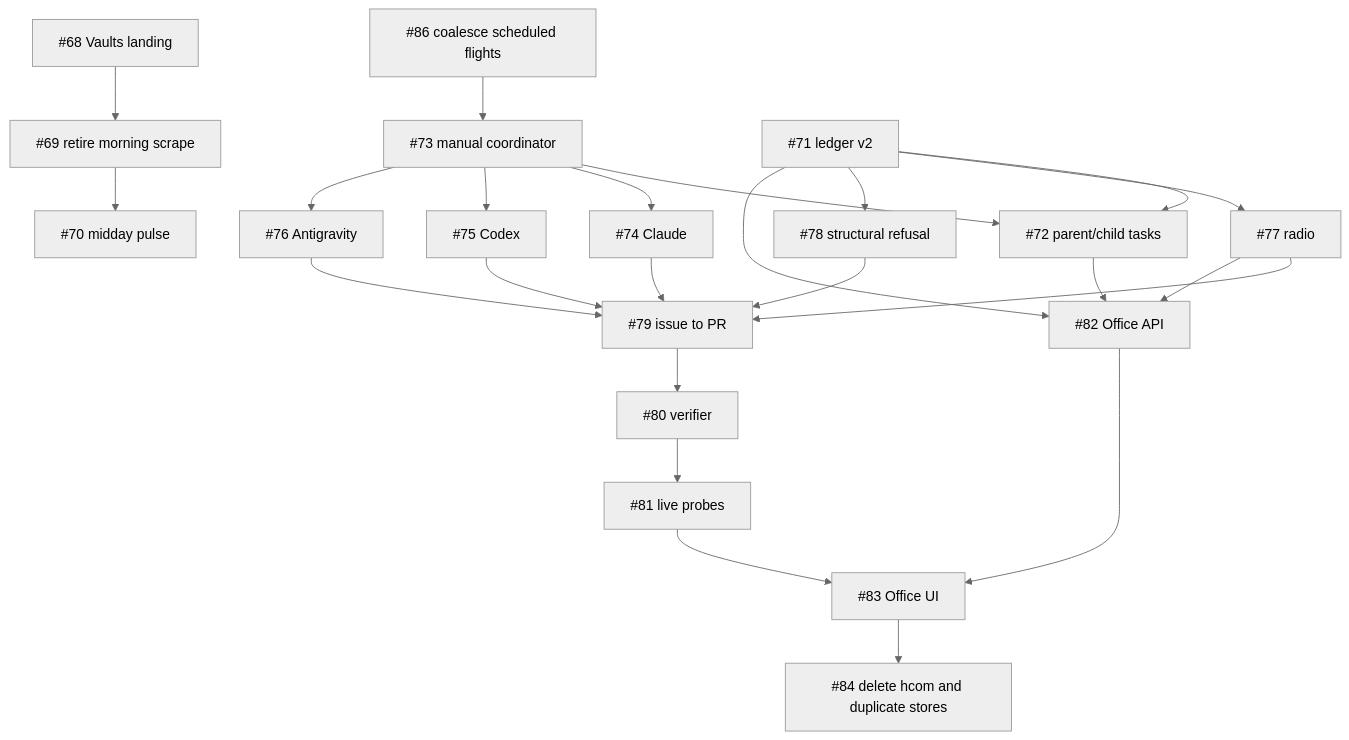
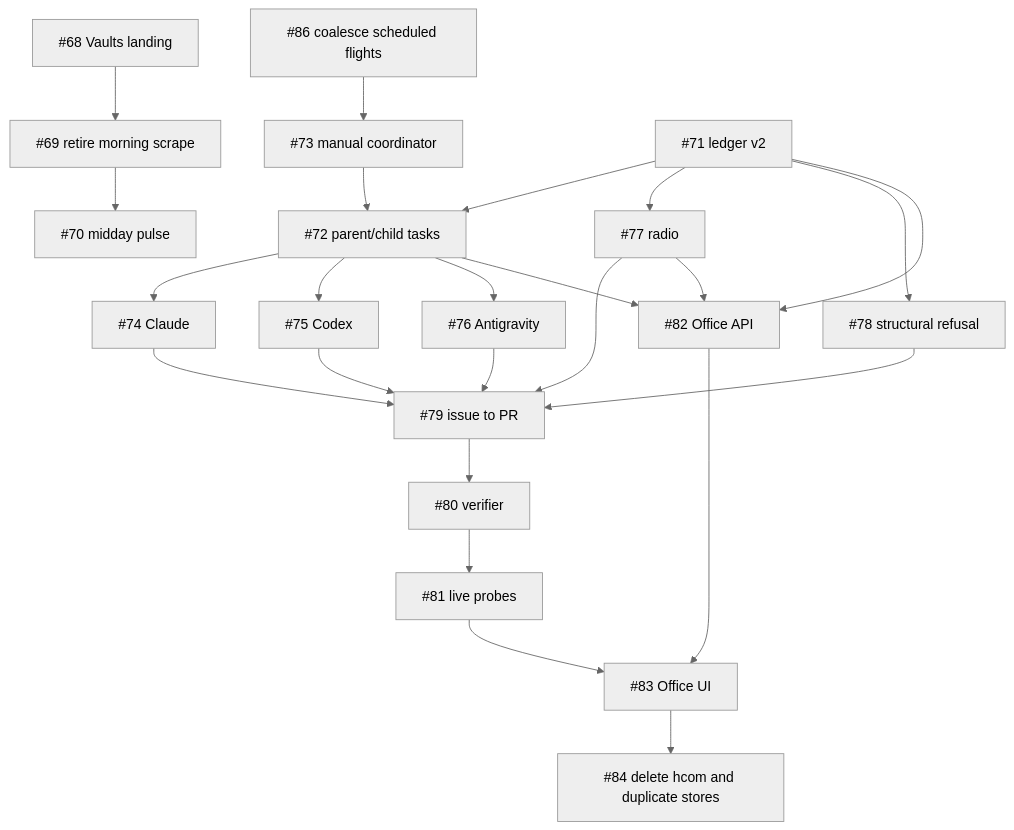
One commit to ariaxhan/nexus-office changed the second of 3 diagrams in docs/foundation.md. Above: the diagram before and after it, drawn with Mermaid (neutral theme). The commit also changed other lines of this file, not shown here.

Commit message:
Align Foundation tracker dependencies (#112)

````diff
--- a/docs/foundation.md
+++ b/docs/foundation.md
@@ -130,24 +130,24 @@
 ```mermaid
 flowchart TD
   Z[#86 coalesce scheduled flights] --> F[#73 manual coordinator]
   A[#68 Vaults landing] --> B[#69 retire morning scrape] --> C[#70 midday pulse]
   F[#73 manual coordinator] --> E[#72 parent/child tasks]
   D[#71 ledger v2] --> E
-  F --> G[#74 Claude]
-  F --> H[#75 Codex]
-  F --> I[#76 Antigravity]
+  E --> G[#74 Claude]
+  E --> H[#75 Codex]
+  E --> I[#76 Antigravity]
   D --> J[#77 radio]
   D --> K[#78 structural refusal]
   G --> L[#79 issue to PR]
   H --> L
   I --> L
   J --> L
   K --> L
   L --> M[#80 verifier] --> N[#81 live probes]
   D --> O[#82 Office API]
   E --> O
   J --> O
   O --> P[#83 Office UI]
   N --> P
   P --> Q[#84 delete hcom and duplicate stores]
 ```
````
